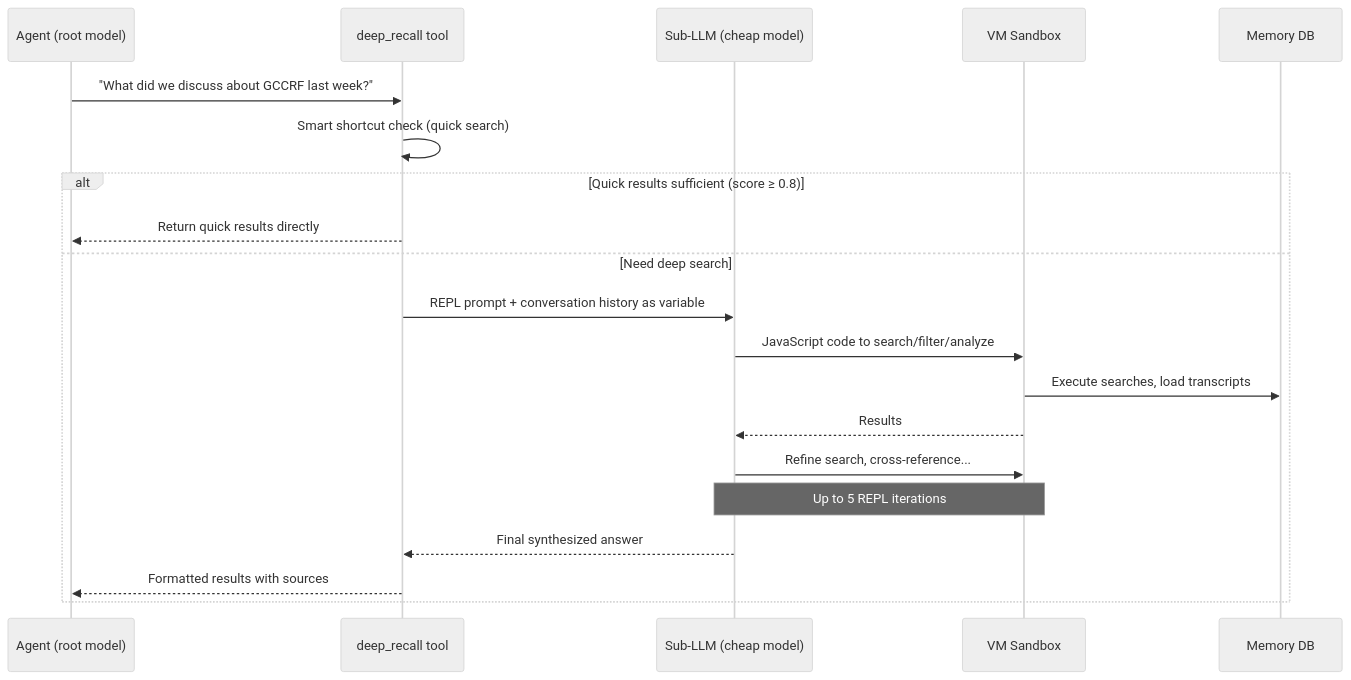
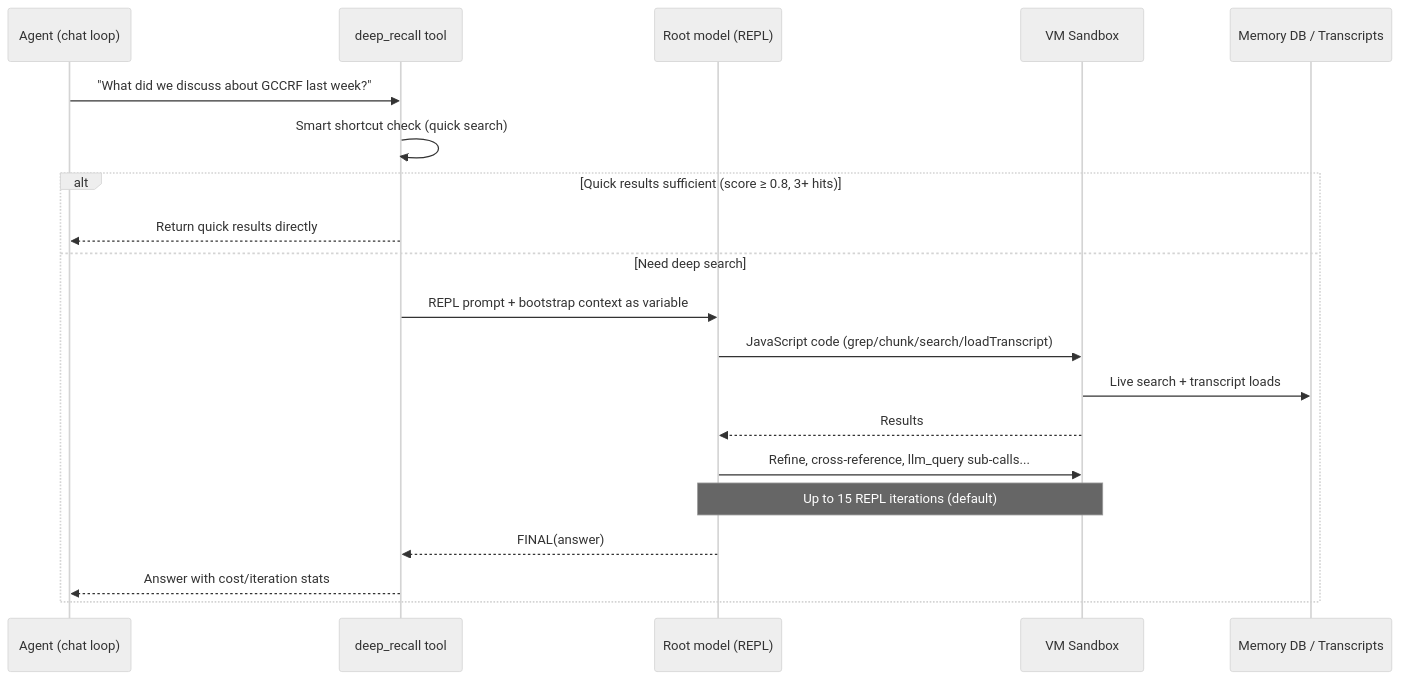
The diagram in docs/memory/deep-recall.md (Bitterbot-AI/bitterbot-desktop), drawn with Mermaid (neutral theme) before and after one commit. The commit also changed other lines of this file and 25 other files, not shown here.

````diff
--- a/docs/memory/deep-recall.md
+++ b/docs/memory/deep-recall.md
@@ -11,23 +11,23 @@
 ```mermaid
 sequenceDiagram
-    participant Agent as Agent (root model)
+    participant Agent as Agent (chat loop)
     participant Tool as deep_recall tool
-    participant Sub as Sub-LLM (cheap model)
+    participant Root as Root model (REPL)
     participant Sandbox as VM Sandbox
-    participant DB as Memory DB
+    participant DB as Memory DB / Transcripts
 
     Agent->>Tool: "What did we discuss about GCCRF last week?"
     Tool->>Tool: Smart shortcut check (quick search)
-    alt Quick results sufficient (score ≥ 0.8)
+    alt Quick results sufficient (score ≥ 0.8, 3+ hits)
         Tool-->>Agent: Return quick results directly
     else Need deep search
-        Tool->>Sub: REPL prompt + conversation history as variable
-        Sub->>Sandbox: JavaScript code to search/filter/analyze
-        Sandbox->>DB: Execute searches, load transcripts
-        Sandbox-->>Sub: Results
-        Sub->>Sandbox: Refine search, cross-reference...
-        Note over Sub,Sandbox: Up to 5 REPL iterations
-        Sub-->>Tool: Final synthesized answer
-        Tool-->>Agent: Formatted results with sources
+        Tool->>Root: REPL prompt + bootstrap context as variable
+        Root->>Sandbox: JavaScript code (grep/chunk/search/loadTranscript)
+        Sandbox->>DB: Live search + transcript loads
+        Sandbox-->>Root: Results
+        Root->>Sandbox: Refine, cross-reference, llm_query sub-calls...
+        Note over Root,Sandbox: Up to 15 REPL iterations (default)
+        Root-->>Tool: FINAL(answer)
+        Tool-->>Agent: Answer with cost/iteration stats
     end
 ```
````
